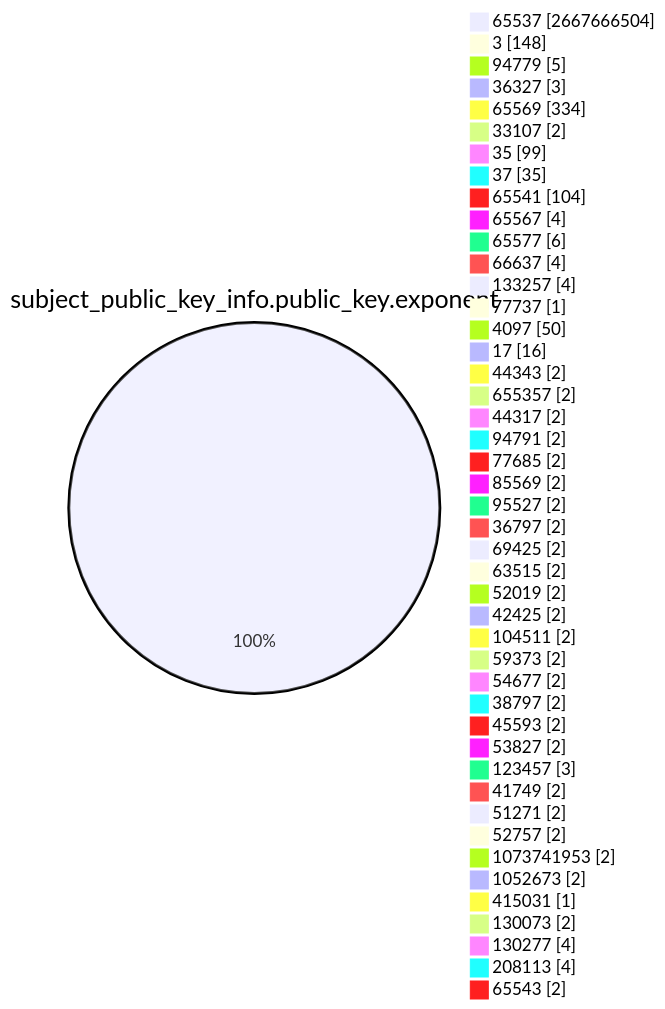
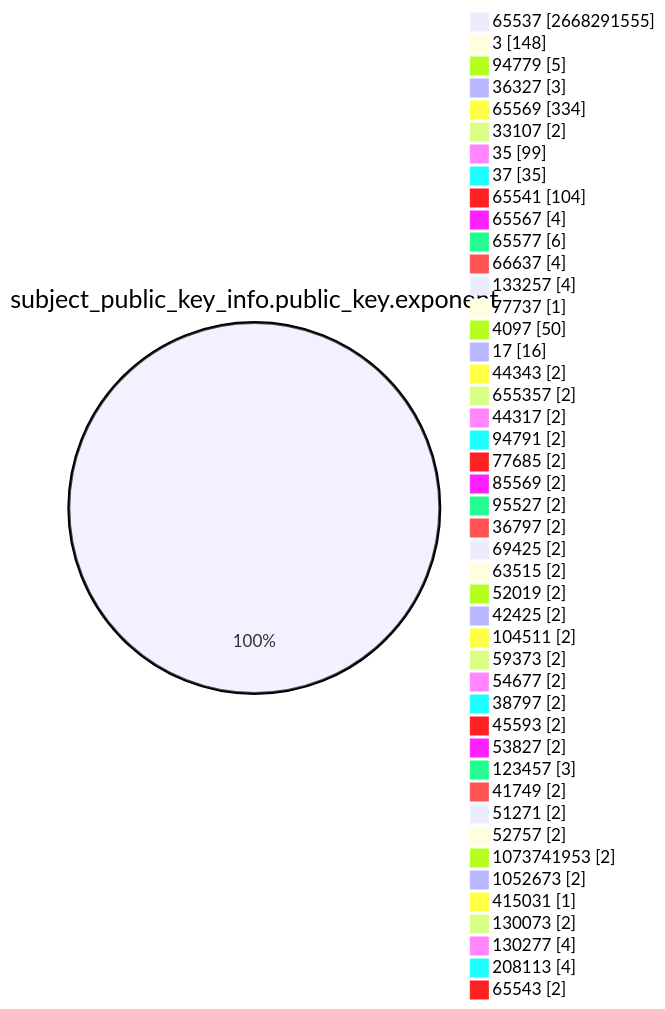
Before and after one commit to christiankrug/ctmonitor_visualization: the fourth of 15 diagrams in TOTAL/README.md, drawn with Mermaid. The commit also changed other lines of this file, not shown here.

````diff
--- a/TOTAL/README.md
+++ b/TOTAL/README.md
@@ -1466,49 +1466,49 @@
 ```mermaid
 pie showData
 title subject_public_key_info.public_key.exponent
-"65537" :2667666504
+"65537" :2668291555
 "3" :148
 "94779" :5
 "36327" :3
 "65569" :334
 "33107" :2
 "35" :99
 "37" :35
 "65541" :104
 "65567" :4
 "65577" :6
 "66637" :4
 "133257" :4
 "77737" :1
 "4097" :50
 "17" :16
 "44343" :2
 "655357" :2
 "44317" :2
 "94791" :2
 "77685" :2
 "85569" :2
 "95527" :2
 "36797" :2
 "69425" :2
 "63515" :2
 "52019" :2
 "42425" :2
 "104511" :2
 "59373" :2
 "54677" :2
 "38797" :2
 "45593" :2
 "53827" :2
 "123457" :3
 "41749" :2
 "51271" :2
 "52757" :2
 "1073741953" :2
 "1052673" :2
 "415031" :1
 "130073" :2
 "130277" :4
 "208113" :4
 "65543" :2
 ```
````
